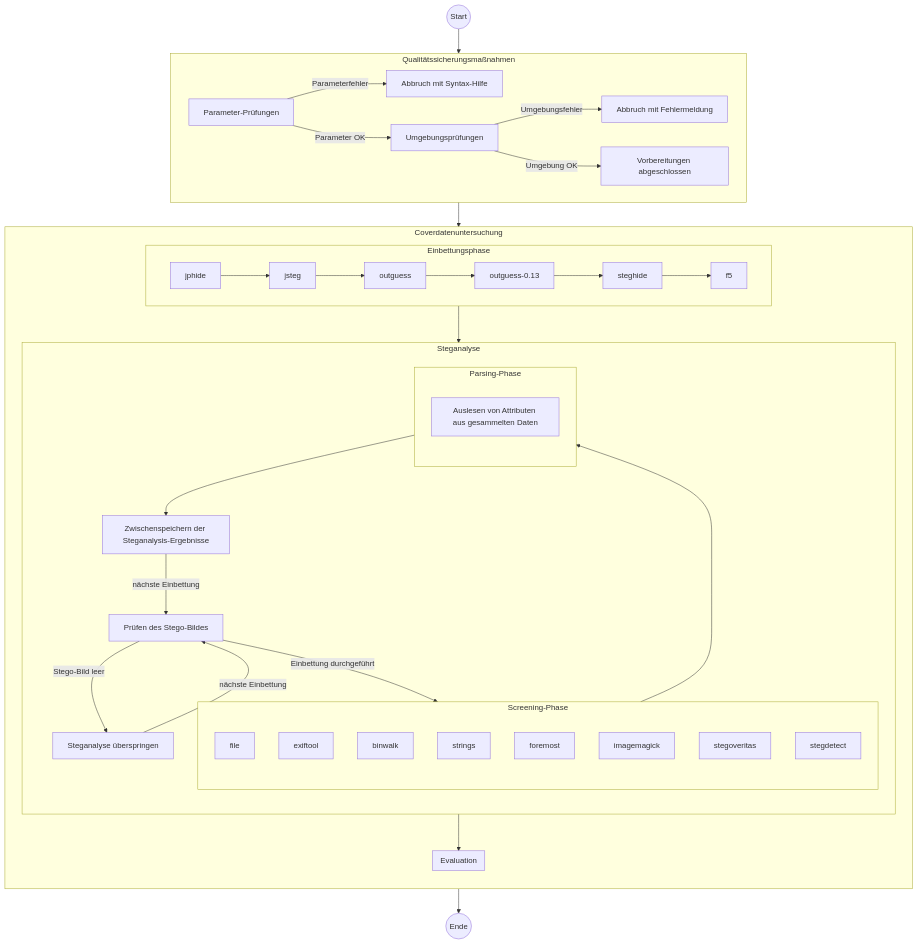
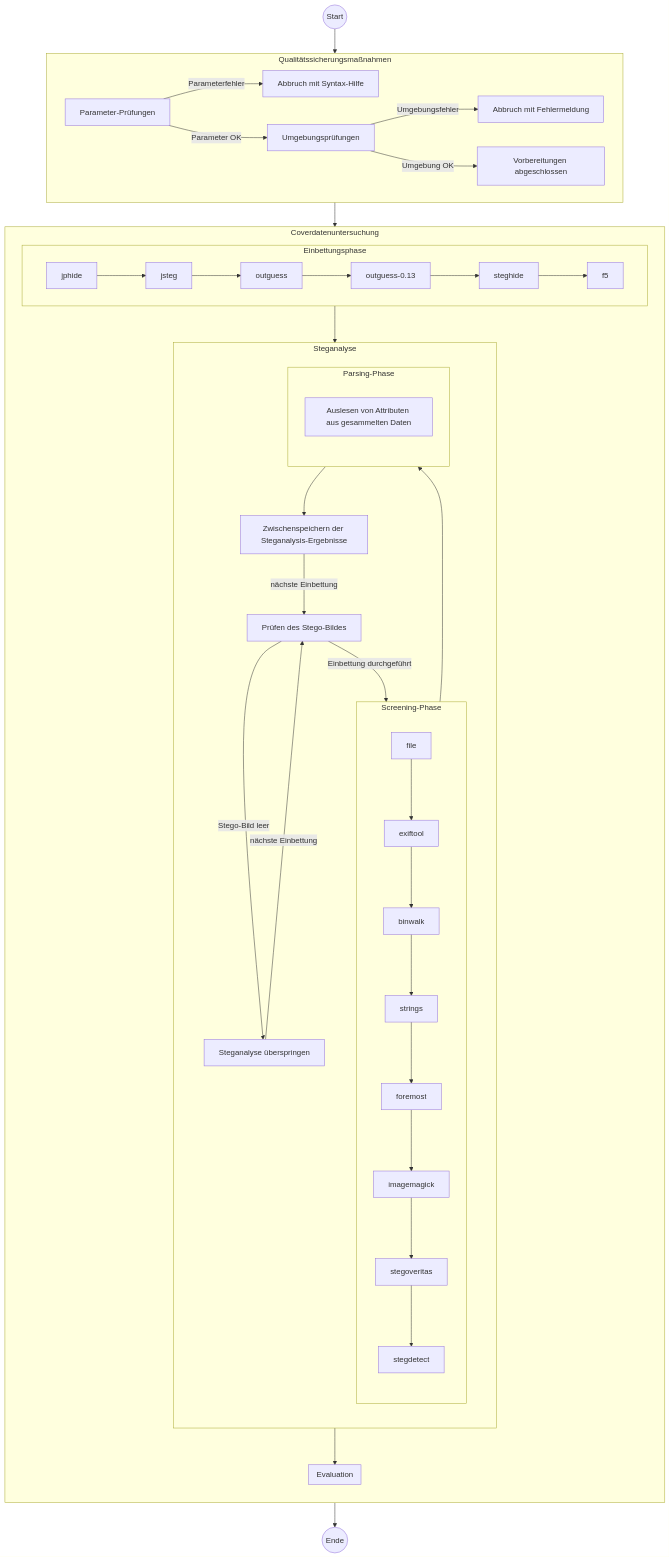
One commit to bh-8/amsl-it-security-projects changed the diagram in SMKITS5/README.md. Above: the diagram before and after it, drawn with Mermaid.

````diff
--- a/SMKITS5/README.md
+++ b/SMKITS5/README.md
@@ -104,70 +104,77 @@
     ```mermaid
     flowchart TB
       start(("Start"))
       subgraph Qualitätssicherungsmaßnahmen
         direction LR
         paramchecks["Parameter-Prüfungen"]
         aborthelp["Abbruch mit Syntax-Hilfe"]
         envchecks["Umgebungsprüfungen"]
         aborterr["Abbruch mit Fehlermeldung"]
         qa["Vorbereitungen abgeschlossen"]
         paramchecks
         paramchecks--"Parameterfehler"-->aborthelp
         paramchecks--"Parameter OK"-->envchecks
         envchecks--"Umgebungsfehler"-->aborterr
         envchecks--"Umgebung OK"-->qa
       end
       subgraph Coverdatenuntersuchung
         direction TB
         subgraph Einbettungsphase
           direction LR
           jphide["jphide"]
           jsteg["jsteg"]
           outguess["outguess"]
           outguess-0.13["outguess-0.13"]
           steghide["steghide"]
           f5["f5"]
           jphide-->jsteg
           jsteg-->outguess
           outguess-->outguess-0.13
           outguess-0.13-->steghide
           steghide-->f5
         end
         subgraph Steganalyse
           direction TB
           stegocheck["Prüfen des Stego-Bildes"]
           skipempty["Steganalyse überspringen"]
           subgraph Screening-Phase
             direction TB
             file["file"]
             exiftool["exiftool"]
             binwalk["binwalk"]
             strings["strings"]
             foremost["foremost"]
             imagemagick["imagemagick"]
             stegoveritas["stegoveritas"]
             stegdetect["stegdetect"]
+            file-->exiftool
+            exiftool-->binwalk
+            binwalk-->strings
+            strings-->foremost
+            foremost-->imagemagick
+            imagemagick-->stegoveritas
+            stegoveritas-->stegdetect
           end
           subgraph Parsing-Phase
             direction TB
             parse["Auslesen von Attributen aus gesammelten Daten"]
           end
           savecsv["Zwischenspeichern der Steganalysis-Ergebnisse"]
           stegocheck--"Stego-Bild leer"-->skipempty
           skipempty--"nächste Einbettung"-->stegocheck
           stegocheck--"Einbettung durchgeführt"-->Screening-Phase
           Screening-Phase-->Parsing-Phase
           Parsing-Phase-->savecsv
           savecsv--"nächste Einbettung"-->stegocheck
         end
         subgraph Evaluation
         
         end
         Einbettungsphase-->Steganalyse
         Steganalyse-->Evaluation
       end
       finish(("Ende"))
       start-->Qualitätssicherungsmaßnahmen
       Qualitätssicherungsmaßnahmen-->Coverdatenuntersuchung
       Coverdatenuntersuchung-->finish
     ```  
````
